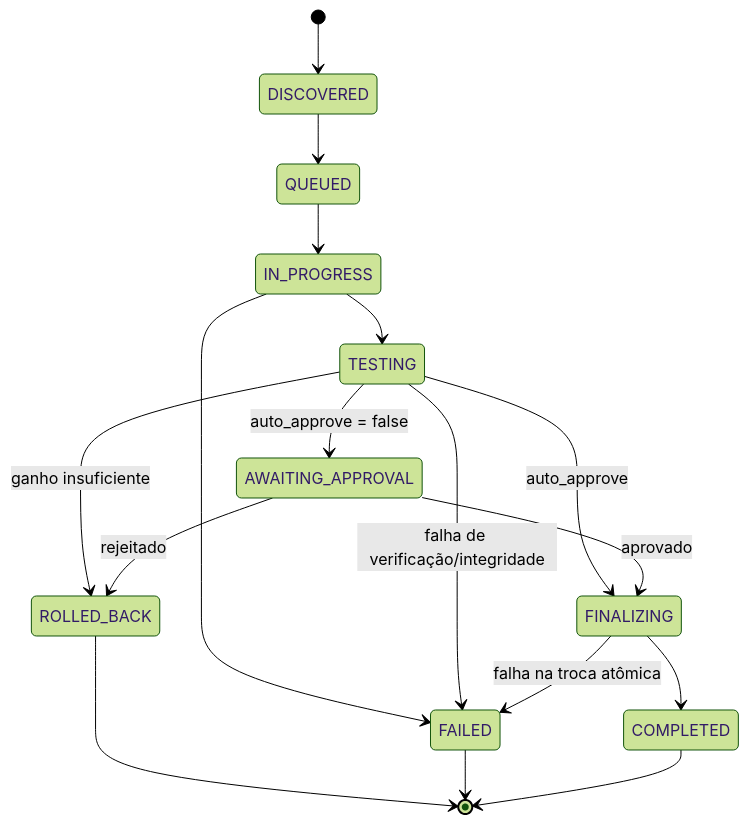
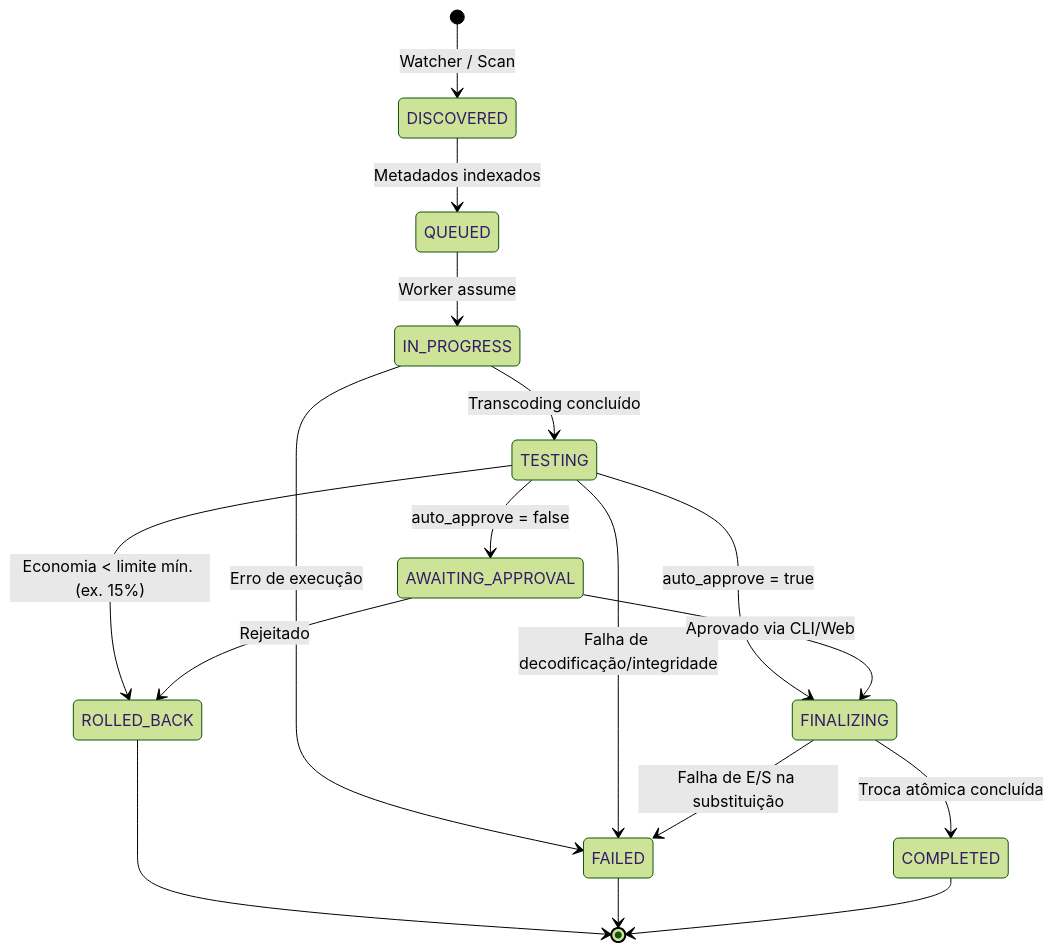
One commit to FM0Ura/CodecAny changed the diagram in README.md. Above: the diagram before and after it, drawn with Mermaid (forest theme). The commit also changed other lines of this file, not shown here.

````diff
--- a/README.md
+++ b/README.md
@@ -208,19 +92,19 @@
 ```mermaid
 stateDiagram-v2
-    [*] --> DISCOVERED
-    DISCOVERED --> QUEUED
-    QUEUED --> IN_PROGRESS
-    IN_PROGRESS --> TESTING
-    IN_PROGRESS --> FAILED
-    TESTING --> FAILED : falha de verificação/integridade
-    TESTING --> ROLLED_BACK : ganho insuficiente
-    TESTING --> FINALIZING : auto_approve
-    TESTING --> AWAITING_APPROVAL : auto_approve = false
-    FINALIZING --> COMPLETED
-    FINALIZING --> FAILED : falha na troca atômica
-    AWAITING_APPROVAL --> FINALIZING : aprovado
-    AWAITING_APPROVAL --> ROLLED_BACK : rejeitado
+    [*] --> DISCOVERED: Watcher / Scan
+    DISCOVERED --> QUEUED: Metadados indexados
+    QUEUED --> IN_PROGRESS: Worker assume
+    IN_PROGRESS --> TESTING: Transcoding concluído
+    IN_PROGRESS --> FAILED: Erro de execução
+    TESTING --> FAILED: Falha de decodificação/integridade
+    TESTING --> ROLLED_BACK: Economia < limite mín. (ex. 15%)
+    TESTING --> FINALIZING: auto_approve = true
+    TESTING --> AWAITING_APPROVAL: auto_approve = false
+    AWAITING_APPROVAL --> FINALIZING: Aprovado via CLI/Web
+    AWAITING_APPROVAL --> ROLLED_BACK: Rejeitado
+    FINALIZING --> COMPLETED: Troca atômica concluída
+    FINALIZING --> FAILED: Falha de E/S na substituição
     ROLLED_BACK --> [*]
     FAILED --> [*]
     COMPLETED --> [*]
 ```
````
